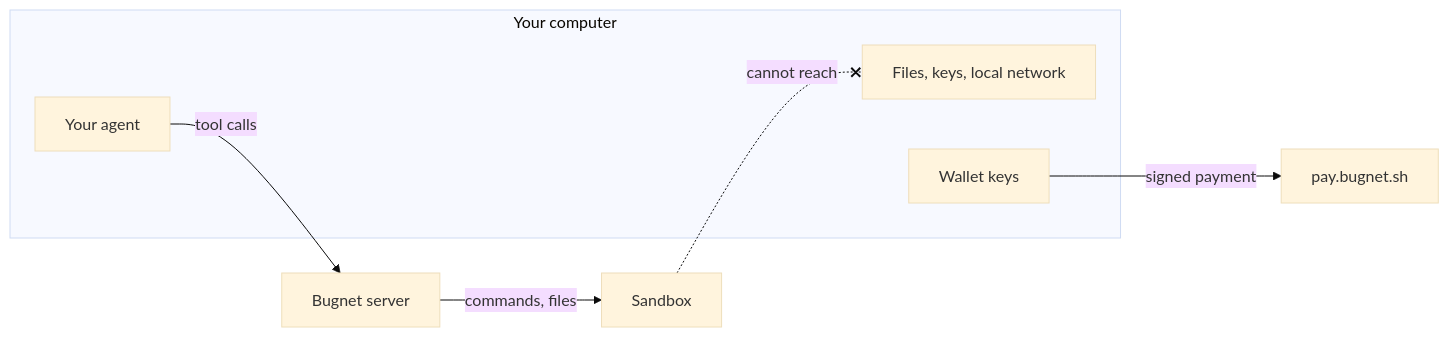
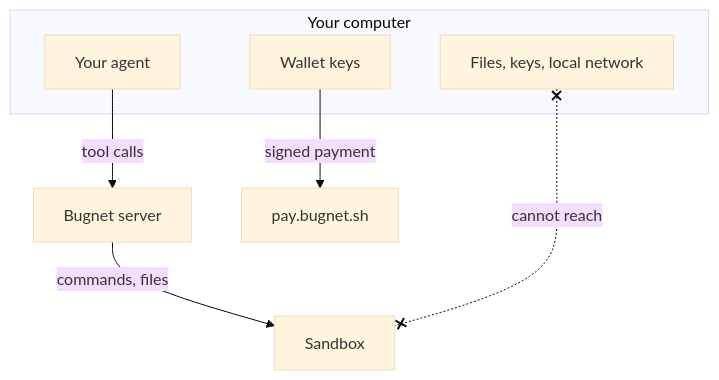
Before and after one commit to bugnet-sh/website: the diagram in packages/site/content/docs/safety.md, drawn with Mermaid (base theme). The commit also changed 3 other files, not shown here.

Commit message:
docs(site): diagrams fit the docs column: safety top-down, four participants in Get started, shorter labels

````diff
--- a/packages/site/content/docs/safety.md
+++ b/packages/site/content/docs/safety.md
@@ -15,12 +15,12 @@
 ```mermaid
-flowchart LR
+flowchart TD
     subgraph pc["Your computer"]
         agent["Your agent"]
         local["Files, keys, local network"]
         wallet["Wallet keys"]
     end
     agent -->|tool calls| mcp["Bugnet server"]
     wallet -->|signed payment| pay["pay.bugnet.sh"]
     mcp -->|commands, files| box["Sandbox"]
-    box -.-x|cannot reach| local
+    local x-.-x|cannot reach| box
 ```
````
